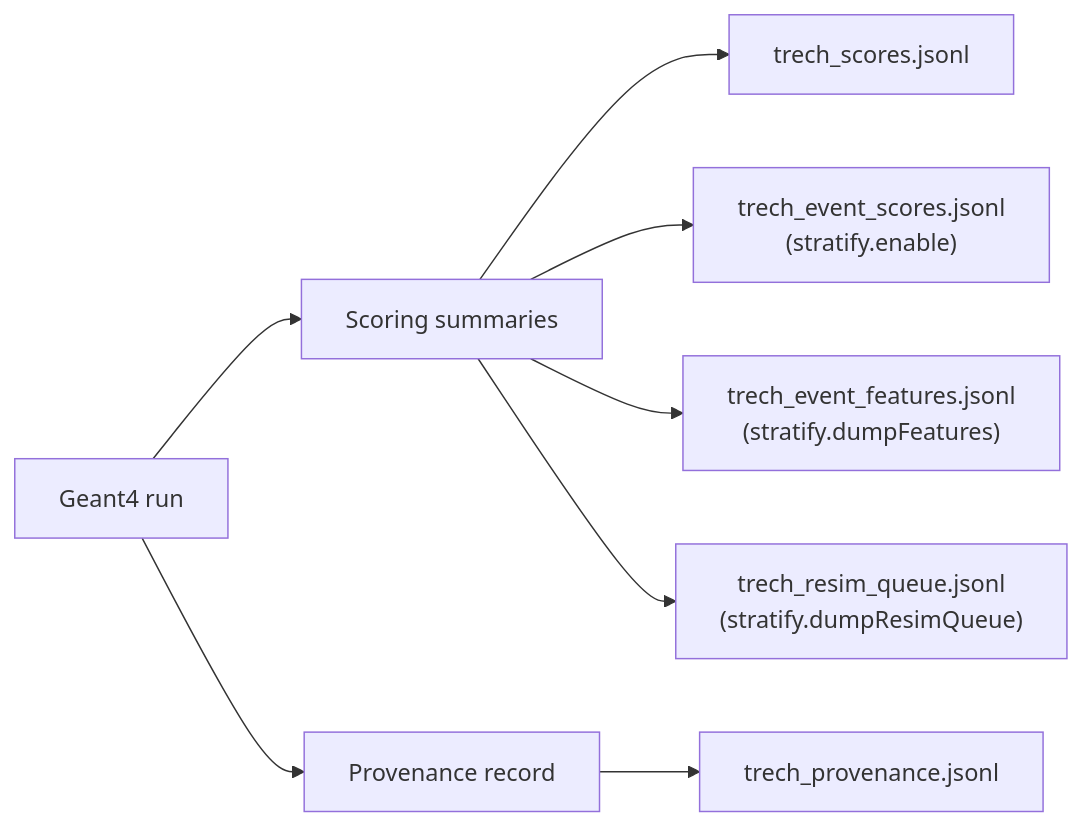
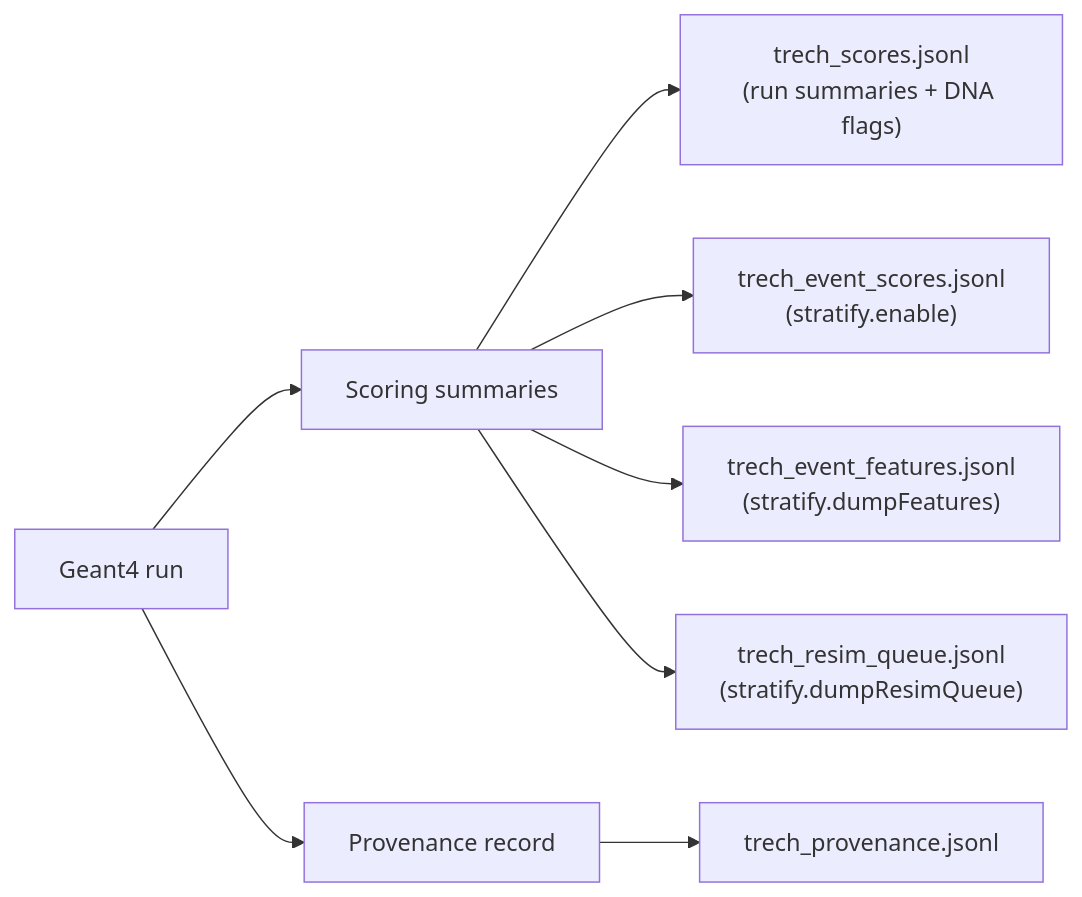
Before and after one commit to Geckos-Ink/trech: the fourth of 6 diagrams in CHARTS.md, drawn with Mermaid. The commit also changed 10 other files, not shown here.

````diff
--- a/CHARTS.md
+++ b/CHARTS.md
@@ -83,10 +83,10 @@
 ```mermaid
 flowchart LR
   RUN["Geant4 run"] --> SCORING["Scoring summaries"]
   RUN --> PROV["Provenance record"]
-  SCORING --> S1["trech_scores.jsonl"]
+  SCORING --> S1["trech_scores.jsonl\n(run summaries + DNA flags)"]
   SCORING --> S2["trech_event_scores.jsonl\n(stratify.enable)"]
   SCORING --> S3["trech_event_features.jsonl\n(stratify.dumpFeatures)"]
   SCORING --> S4["trech_resim_queue.jsonl\n(stratify.dumpResimQueue)"]
   PROV --> P1["trech_provenance.jsonl"]
 ```
````
